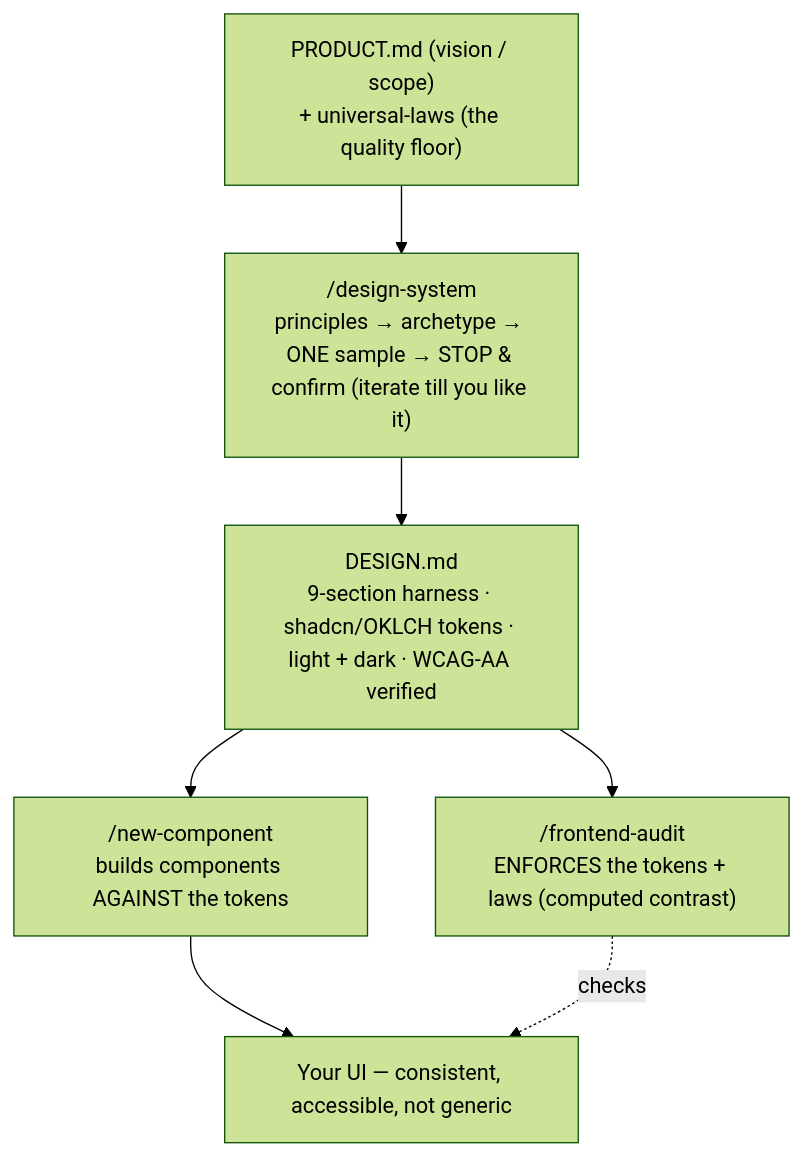
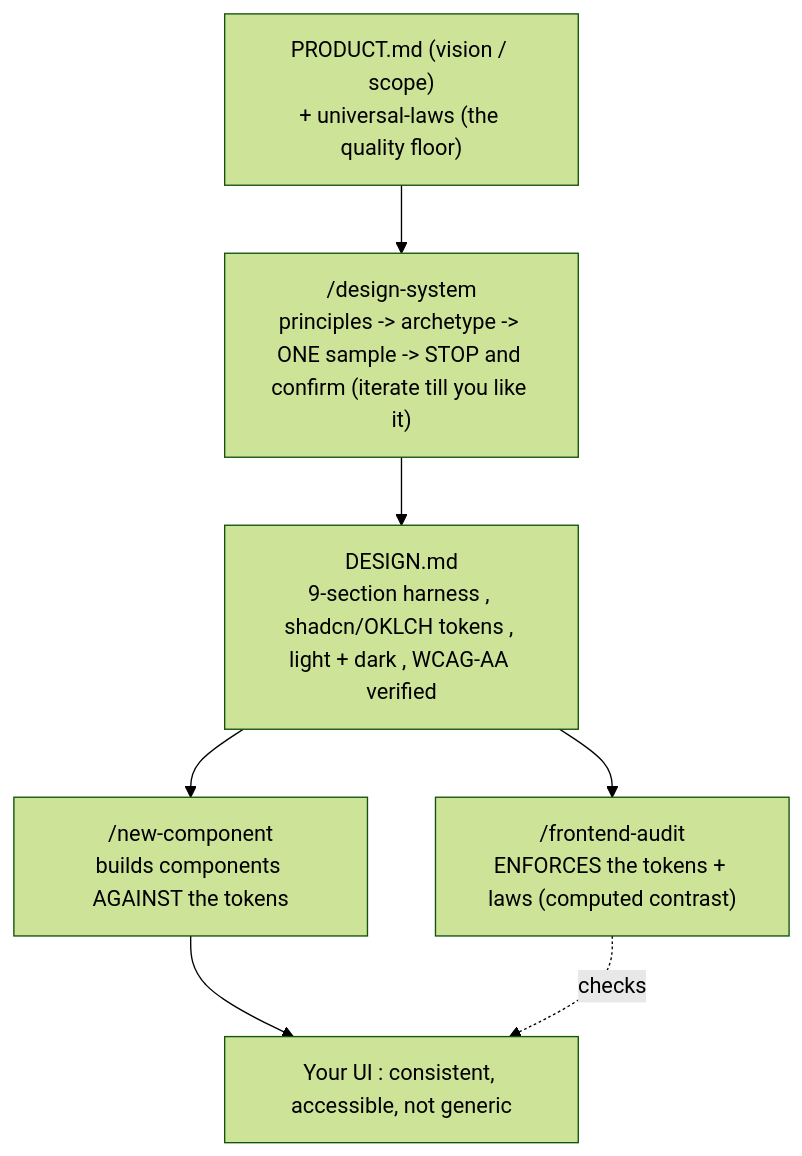
The second of 2 diagrams in README.md (kish21/product-playbook), drawn with Mermaid (forest theme) before and after one commit. The commit also changed other lines of this file, not shown here.

First line of the commit message:
fix(readme): sanitize second mermaid diagram syntax and links (#53)

````diff
--- a/README.md
+++ b/README.md
@@ -147,9 +147,9 @@
 ```mermaid
 flowchart TD
-    P["PRODUCT.md (vision / scope)<br/>+ universal-laws (the quality floor)"] --> DS["/design-system<br/>principles → archetype → ONE sample → STOP &amp; confirm (iterate till you like it)"]
-    DS --> DM["DESIGN.md<br/>9-section harness · shadcn/OKLCH tokens · light + dark · WCAG-AA verified"]
+    P["PRODUCT.md (vision / scope)<br/>+ universal-laws (the quality floor)"] --> DS["/design-system<br/>principles -> archetype -> ONE sample -> STOP and confirm (iterate till you like it)"]
+    DS --> DM["DESIGN.md<br/>9-section harness , shadcn/OKLCH tokens , light + dark , WCAG-AA verified"]
     DM --> NC["/new-component<br/>builds components AGAINST the tokens"]
     DM --> FA["/frontend-audit<br/>ENFORCES the tokens + laws (computed contrast)"]
-    NC --> UI["Your UI — consistent, accessible, not generic"]
-    FA -. checks .-> UI
+    NC --> UI["Your UI : consistent, accessible, not generic"]
+    FA -.->|checks| UI
 ```
````
